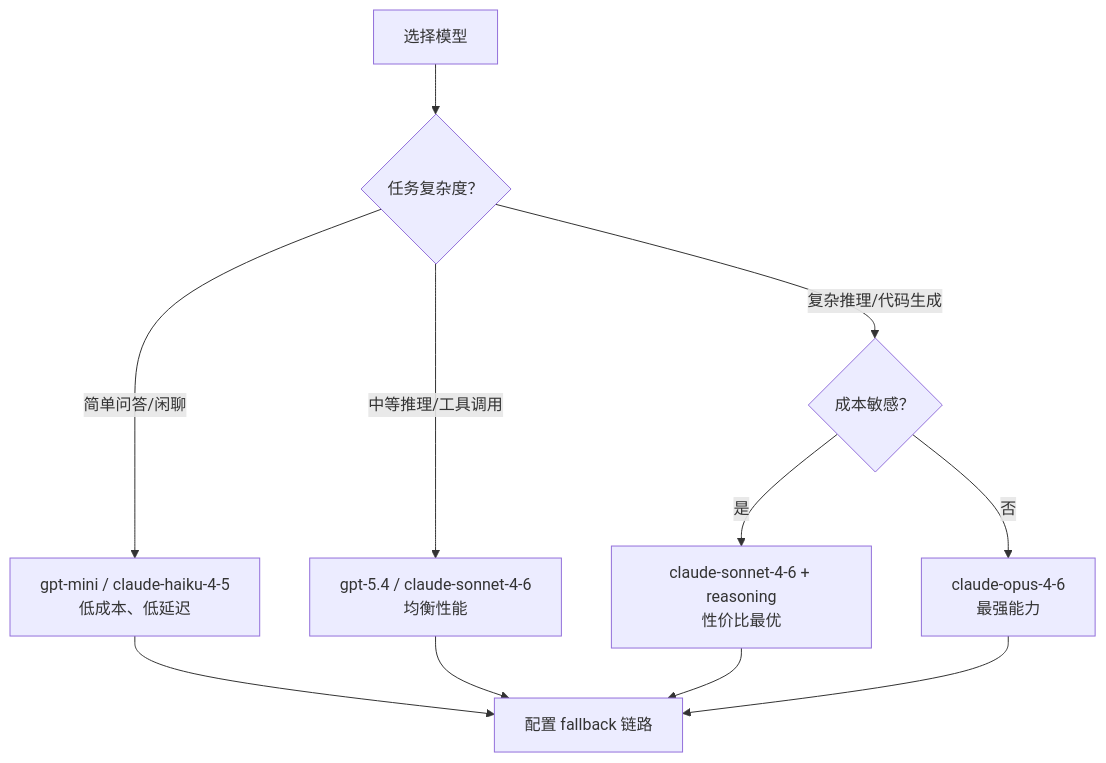
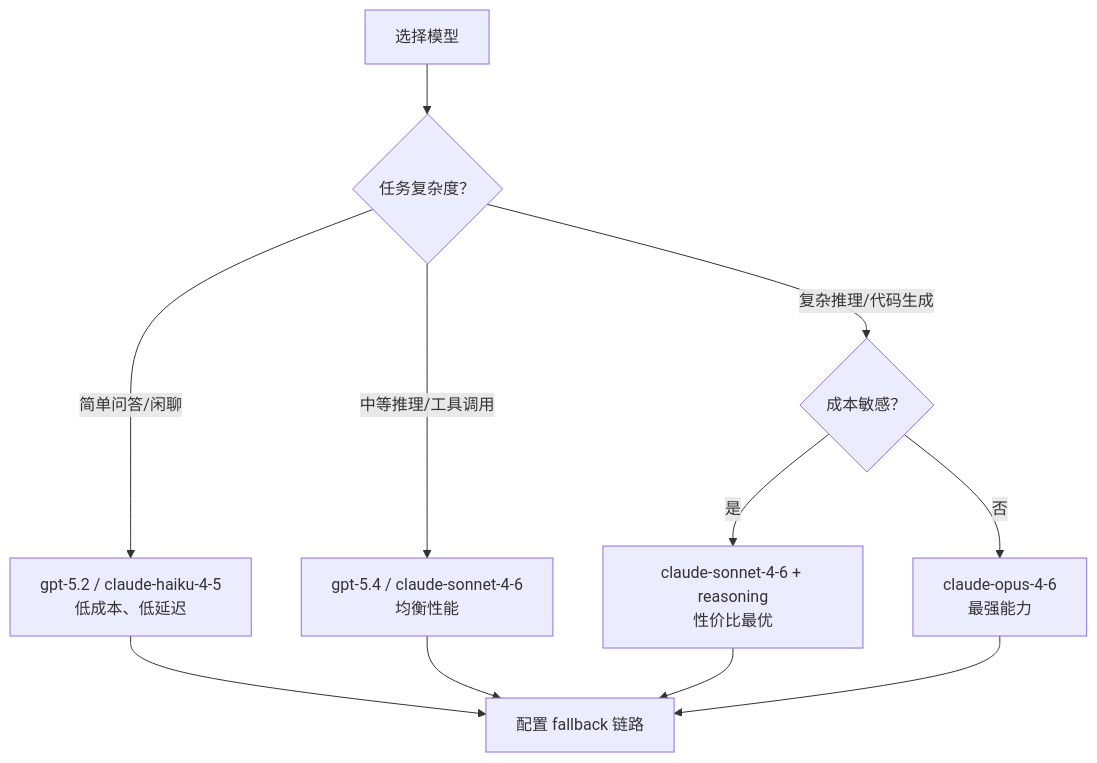
Before and after one commit to yeasy/openclaw_guide: the diagram in 04_config_models/4.3_model_selection.md, drawn with Mermaid. The commit also changed other lines of this file and 25 other files, not shown here.

````diff
--- a/04_config_models/4.3_model_selection.md
+++ b/04_config_models/4.3_model_selection.md
@@ -30,13 +30,13 @@
 ```mermaid
 flowchart TD
     Start["选择模型"] --> Q1{"任务复杂度？"}
-    Q1 -->|"简单问答/闲聊"| M1["gpt-mini / claude-haiku-4-5<br/>低成本、低延迟"]
+    Q1 -->|"简单问答/闲聊"| M1["gpt-5.2 / claude-haiku-4-5<br/>低成本、低延迟"]
     Q1 -->|"中等推理/工具调用"| M2["gpt-5.4 / claude-sonnet-4-6<br/>均衡性能"]
     Q1 -->|"复杂推理/代码生成"| Q2{"成本敏感？"}
     Q2 -->|"是"| M3["claude-sonnet-4-6 + reasoning<br/>性价比最优"]
     Q2 -->|"否"| M4["claude-opus-4-6<br/>最强能力"]
     M1 --> FB["配置 fallback 链路"]
     M2 --> FB
     M3 --> FB
     M4 --> FB
 ```
````
